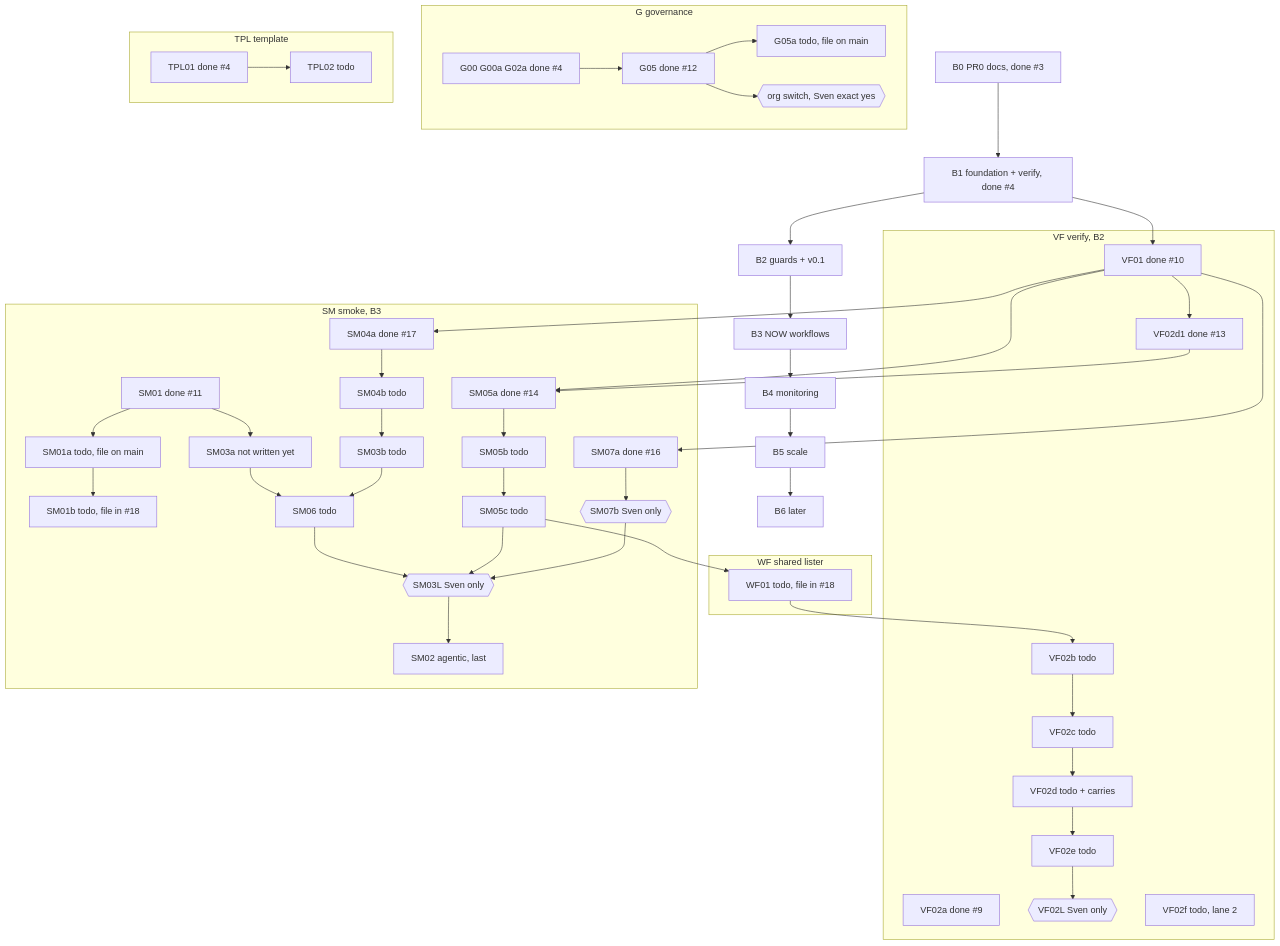
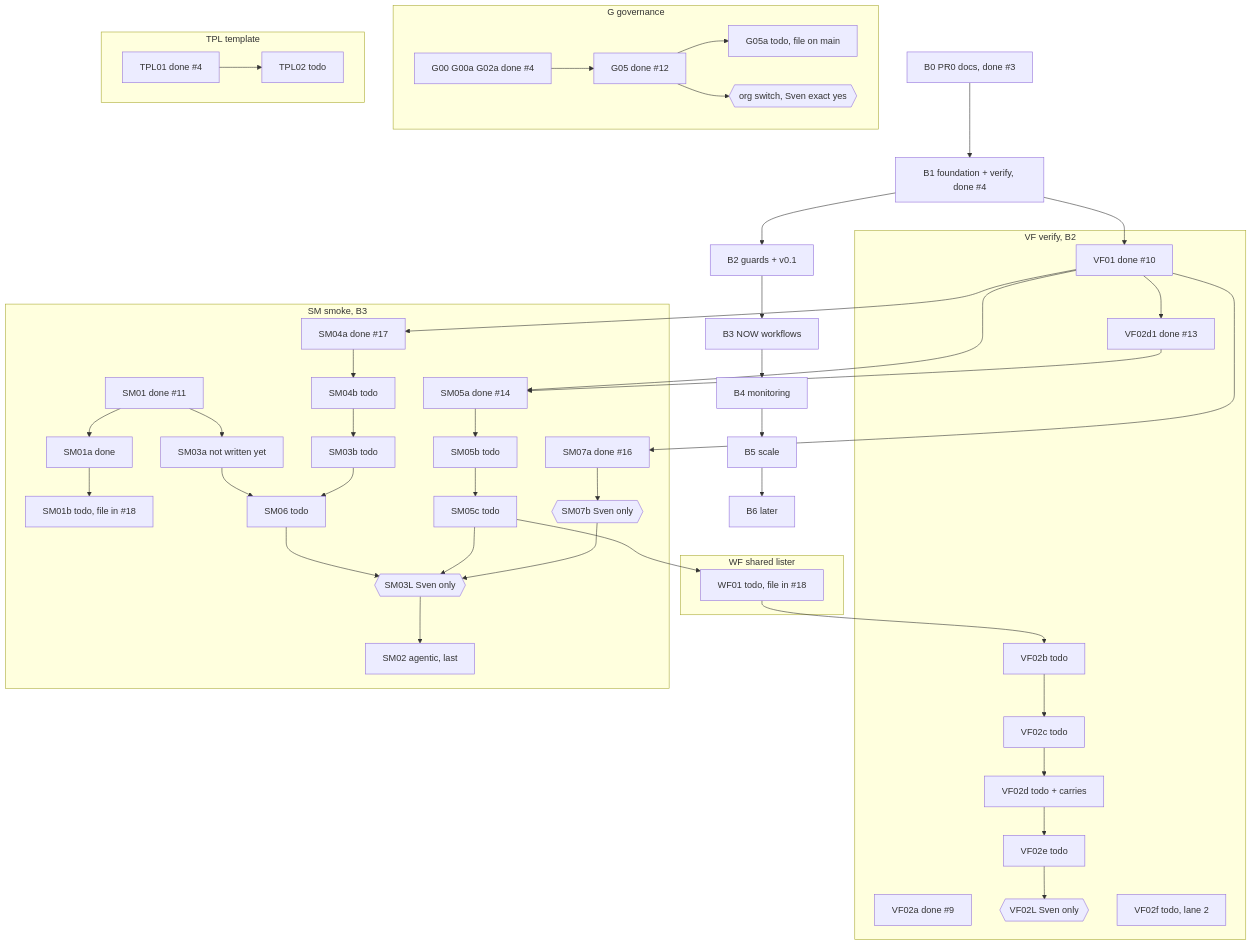
The diagram in docs/ROADMAP.md (svennijhuis/agentic-workflows), drawn with Mermaid before and after one commit. The commit also changed other lines of this file and 43 other files, not shown here.

````diff
--- a/docs/ROADMAP.md
+++ b/docs/ROADMAP.md
@@ -17,52 +17,52 @@
 ```mermaid
 flowchart TD
   B0[B0 PR0 docs, done #3] --> B1[B1 foundation + verify, done #4]
   B1 --> B2[B2 guards + v0.1]
   B2 --> B3[B3 NOW workflows]
   B3 --> B4[B4 monitoring]
   B4 --> B5[B5 scale]
   B5 --> B6[B6 later]
 
   subgraph VF[VF verify, B2]
     VF01[VF01 done #10] --> VF02d1[VF02d1 done #13]
     VF02a[VF02a done #9]
     VF02b[VF02b todo] --> VF02c[VF02c todo] --> VF02d[VF02d todo + carries] --> VF02e[VF02e todo] --> VF02L{{VF02L Sven only}}
     VF02f[VF02f todo, lane 2]
   end
 
   subgraph SM[SM smoke, B3]
-    SM01[SM01 done #11] --> SM01a[SM01a todo, file on main] --> SM01b[SM01b todo, file in #18]
+    SM01[SM01 done #11] --> SM01a[SM01a done] --> SM01b[SM01b todo, file in #18]
     SM05a[SM05a done #14] --> SM05b[SM05b todo] --> SM05c[SM05c todo]
     SM07a[SM07a done #16] --> SM07b{{SM07b Sven only}}
     SM04a[SM04a done #17] --> SM04b[SM04b todo]
     SM01 --> SM03a[SM03a not written yet]
     SM04b --> SM03b[SM03b todo]
     SM03a --> SM06[SM06 todo]
     SM03b --> SM06
     SM06 --> SM03L{{SM03L Sven only}}
     SM05c --> SM03L
     SM07b --> SM03L
     SM03L --> SM02[SM02 agentic, last]
   end
 
   subgraph WF[WF shared lister]
     WF01[WF01 todo, file in #18]
   end
 
   subgraph G[G governance]
     G00[G00 G00a G02a done #4] --> G05[G05 done #12] --> G05a[G05a todo, file on main]
     G05 --> GSW{{org switch, Sven exact yes}}
   end
 
   subgraph TPL[TPL template]
     TPL01[TPL01 done #4] --> TPL02[TPL02 todo]
   end
 
   VF01 --> SM05a
   VF02d1 --> SM05a
   SM05c --> WF01
   WF01 --> VF02b
   VF01 --> SM07a
   VF01 --> SM04a
   B1 --> VF01
 ```
````
